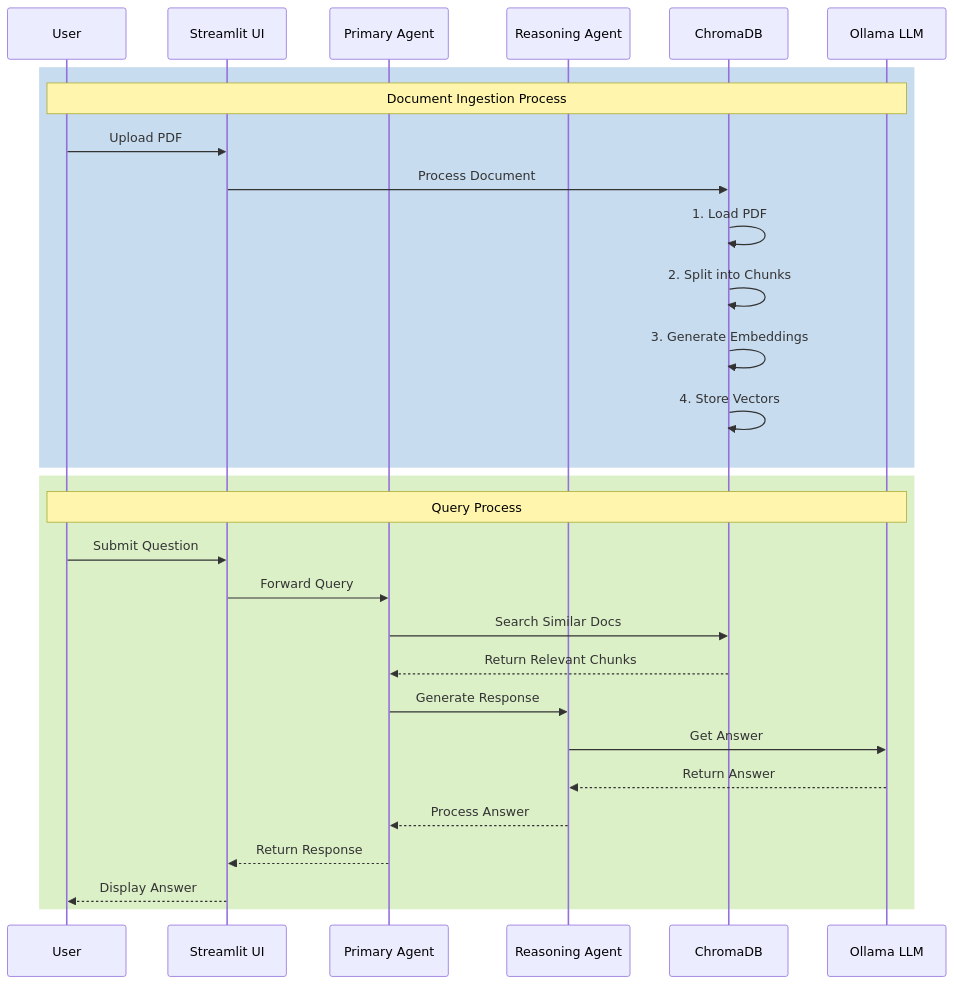
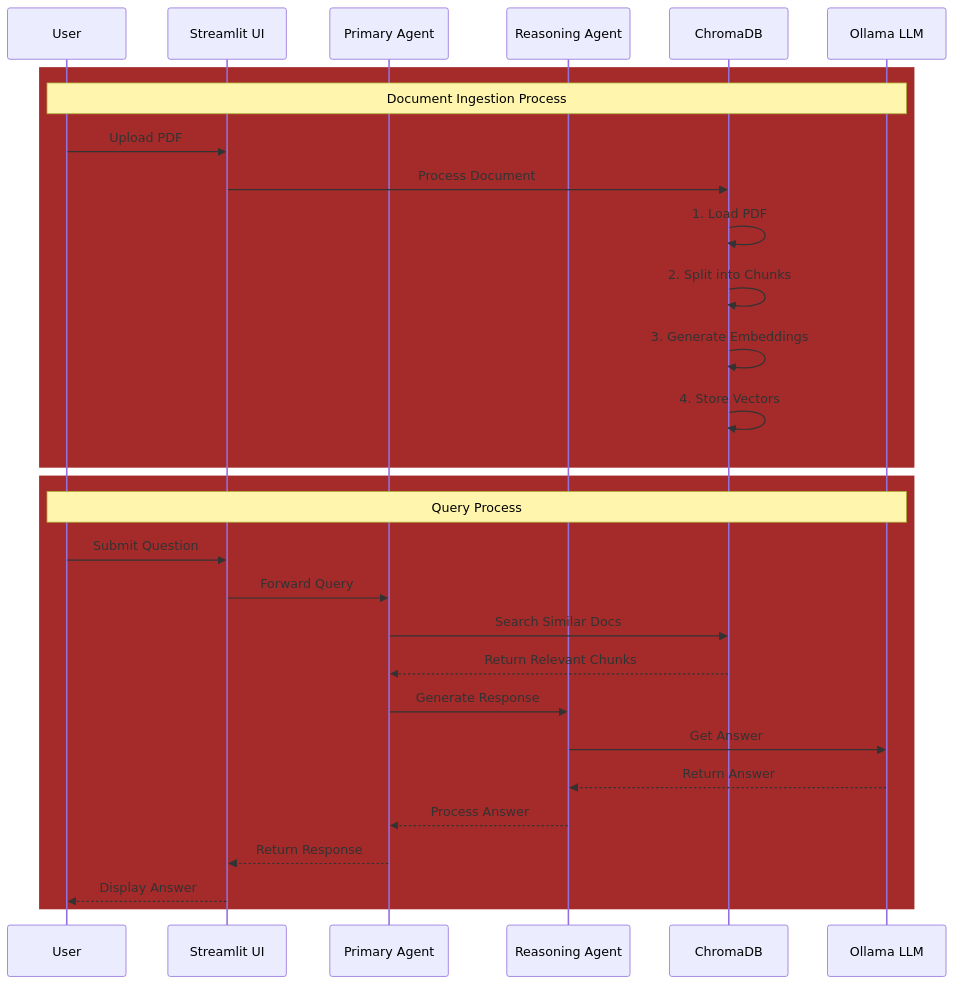
One commit to nivishan-data/basic_rag changed the second of 2 diagrams in architecture.md. Above: the diagram before and after it, drawn with Mermaid. The commit also changed other lines of this file, not shown here.

Commit message:
Project Architecture2

````diff
--- a/architecture.md
+++ b/architecture.md
@@ -57,35 +57,35 @@
 ```mermaid
 sequenceDiagram
     participant User
     participant ST as Streamlit UI
     participant PA as Primary Agent
     participant RA as Reasoning Agent
     participant VDB as ChromaDB
     participant LLM as Ollama LLM
 
     %% PDF Ingestion Flow
-    rect rgb(200, 220, 240)
+    rect rgb(165, 42, 42)
         Note over User,LLM: Document Ingestion Process
         User->>ST: Upload PDF
         ST->>VDB: Process Document
         VDB->>VDB: 1. Load PDF
         VDB->>VDB: 2. Split into Chunks
         VDB->>VDB: 3. Generate Embeddings
         VDB->>VDB: 4. Store Vectors
     end
 
     %% Query Flow
-    rect rgb(220, 240, 200)
+    rect rgb(165, 42, 42)
         Note over User,LLM: Query Process
         User->>ST: Submit Question
         ST->>PA: Forward Query
         PA->>VDB: Search Similar Docs
         VDB-->>PA: Return Relevant Chunks
         PA->>RA: Generate Response
         RA->>LLM: Get Answer
         LLM-->>RA: Return Answer
         RA-->>PA: Process Answer
         PA-->>ST: Return Response
         ST-->>User: Display Answer
     end
 ```
````
